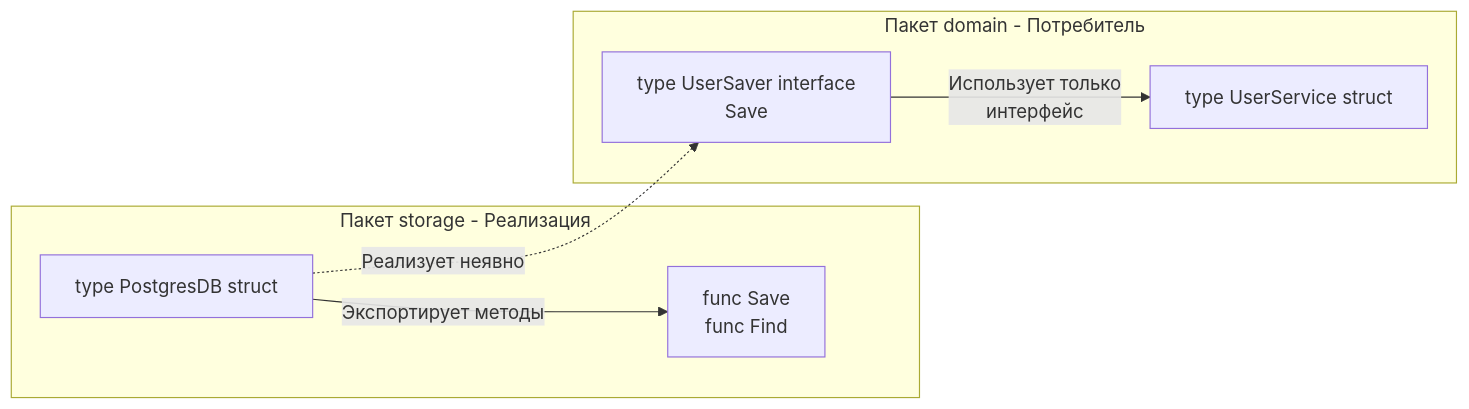
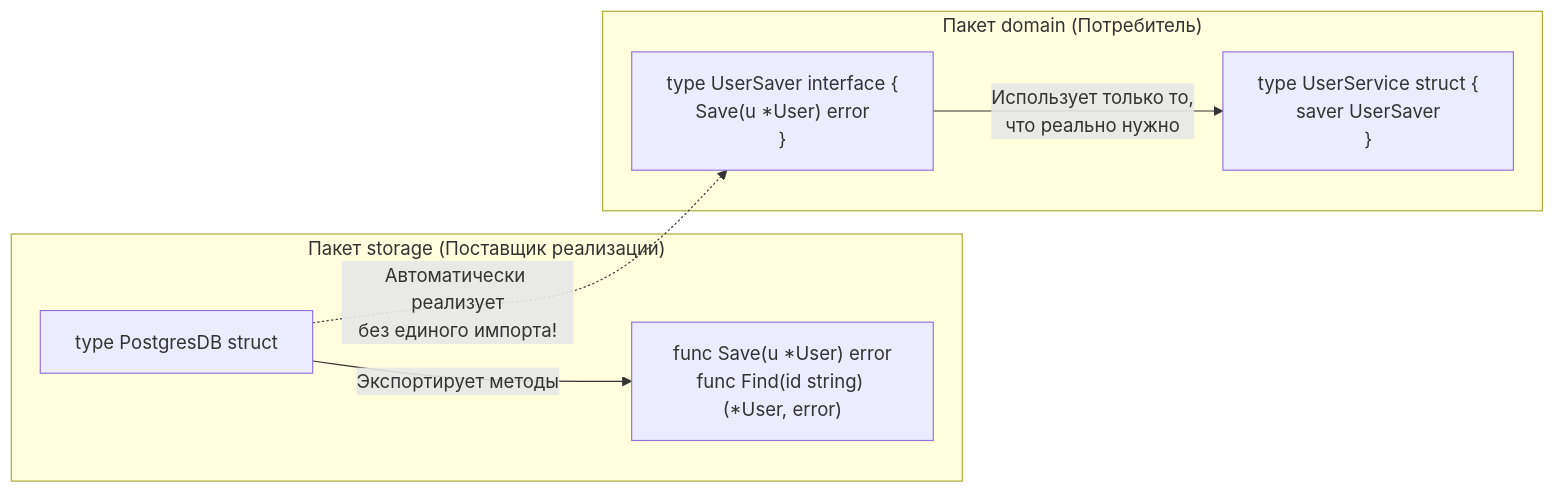
One commit to UnrealTemplier/go-textbook changed the second of 2 diagrams in sources/4. История и философия Go/15. Duck Typing и неявная реализация интерфейсов.md. Above: the diagram before and after it, drawn with Mermaid. The commit also changed other lines of this file, not shown here.

Commit message:
feat(module-04): editorial rewrite of Lecture 15 (Duck Typing and implicit interface implementation) in Kernighan style

````diff
--- a/sources/4. История и философия Go/15. Duck Typing и неявная реализация интерфейсов.md
+++ b/sources/4. История и философия Go/15. Duck Typing и неявная реализация интерфейсов.md
@@ -122,10 +154,12 @@
 ```mermaid
 flowchart LR
-    subgraph STORAGE_PKG ["Пакет storage - Реализация"]
-        DB["type PostgresDB struct"] -->|"Экспортирует методы"| METHODS["func Save<br>func Find"]
+    subgraph STORAGE_PKG ["Пакет storage (Поставщик реализации)"]
+        DB["type PostgresDB struct"] -->|"Экспортирует методы"| METHODS["func Save(u *User) error<br>func Find(id string) (*User, error)"]
     end
-    subgraph DOMAIN_PKG ["Пакет domain - Потребитель"]
-        INT["type UserSaver interface<br>Save"] -->|"Использует только<br>интерфейс"| SRV["type UserService struct"]
+
+    subgraph DOMAIN_PKG ["Пакет domain (Потребитель)"]
+        INT["type UserSaver interface {<br>  Save(u *User) error<br>}"] -->|"Использует только то,<br>что реально нужно"| SRV["type UserService struct {<br>  saver UserSaver<br>}"]
     end
-    DB -.->|"Реализует неявно"| INT
+
+    DB -.->|"Автоматически реализует<br>без единого импорта!"| INT
 ```
````
